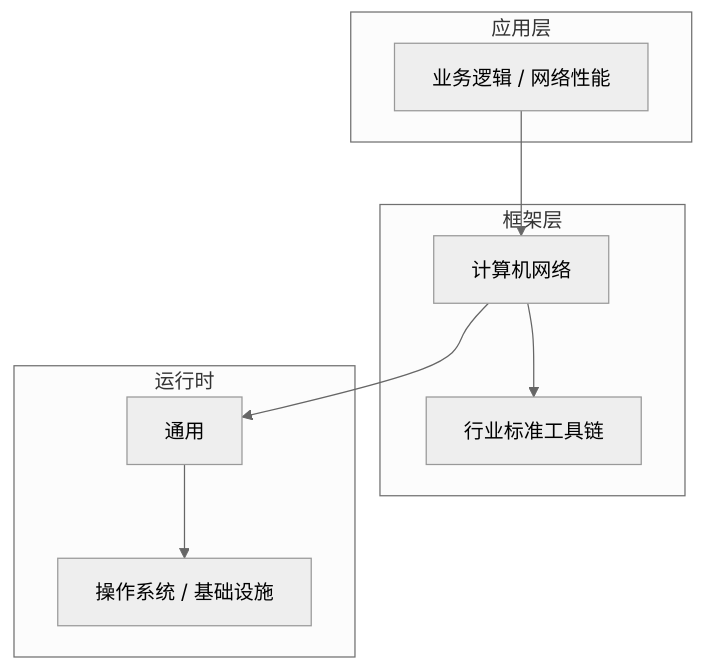
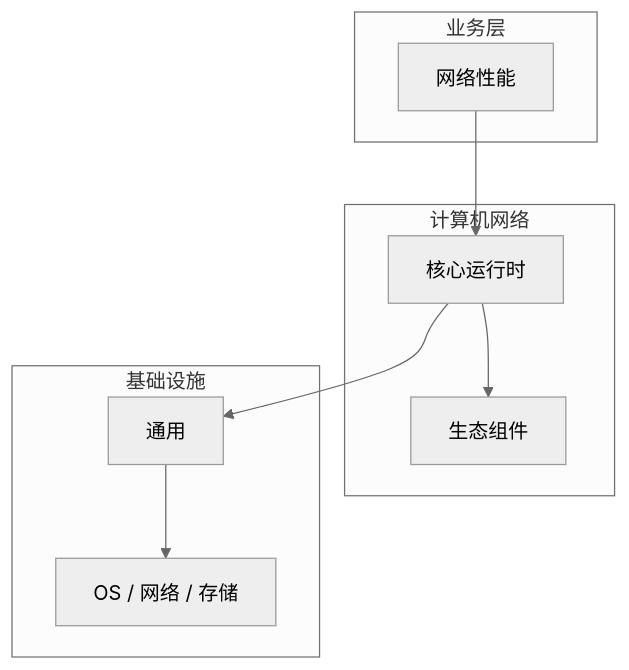
Before and after one commit to yanggan2015/knowledge-json-v2: the diagram in articles/计算机网络/chapters/085-网络性能核心概念与原理.md, drawn with Mermaid (neutral theme). The commit also changed other lines of this file and 10127 other files, not shown here.

````diff
--- a/articles/计算机网络/chapters/085-网络性能核心概念与原理.md
+++ b/articles/计算机网络/chapters/085-网络性能核心概念与原理.md
@@ -45,18 +34,18 @@
 ```mermaid
 graph TB
-    subgraph 应用层
-        A[业务逻辑 / 网络性能]
+    subgraph 业务层
+        A[网络性能]
     end
-    subgraph 框架层
-        B[计算机网络]
-        C[行业标准工具链]
+    subgraph 计算机网络
+        B[核心运行时]
+        C[生态组件]
     end
-    subgraph 运行时
+    subgraph 基础设施
         D[通用]
-        E[操作系统 / 基础设施]
+        E[OS / 网络 / 存储]
     end
     A --> B
     B --> C
     B --> D
     D --> E
 ```
````
